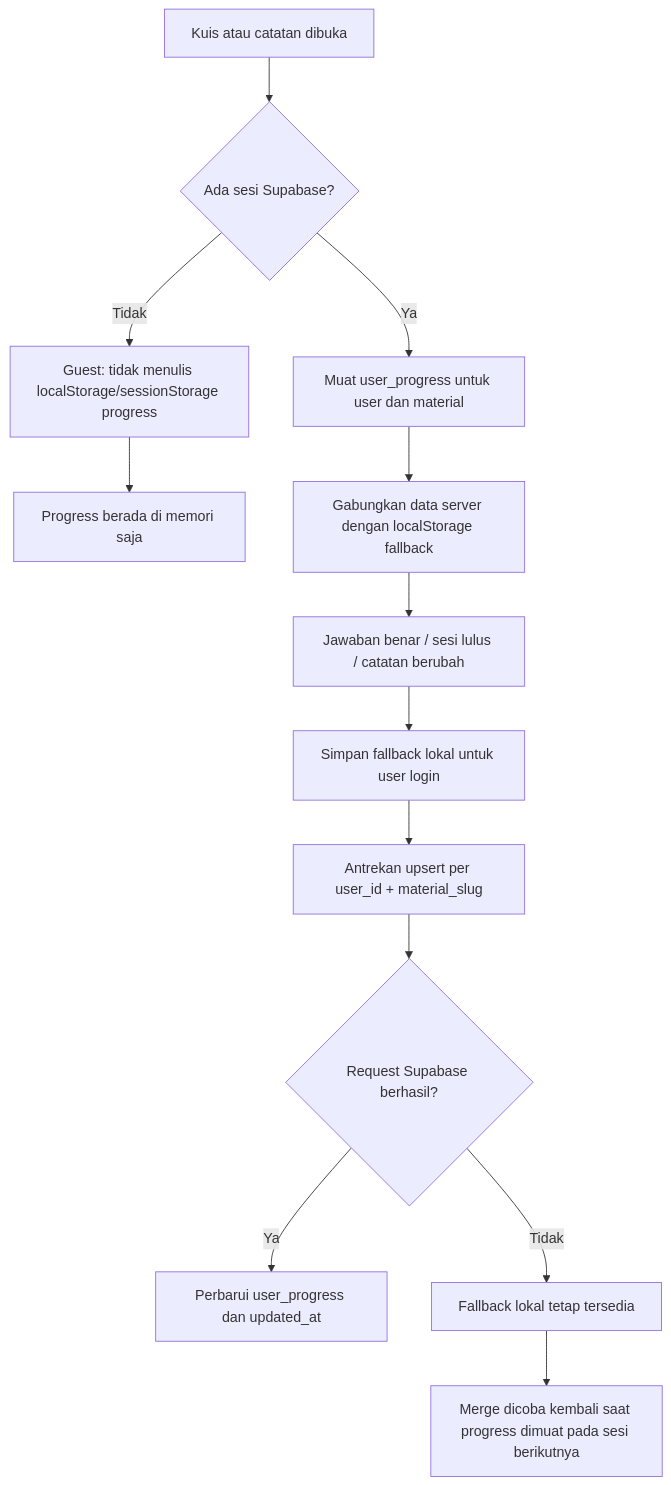
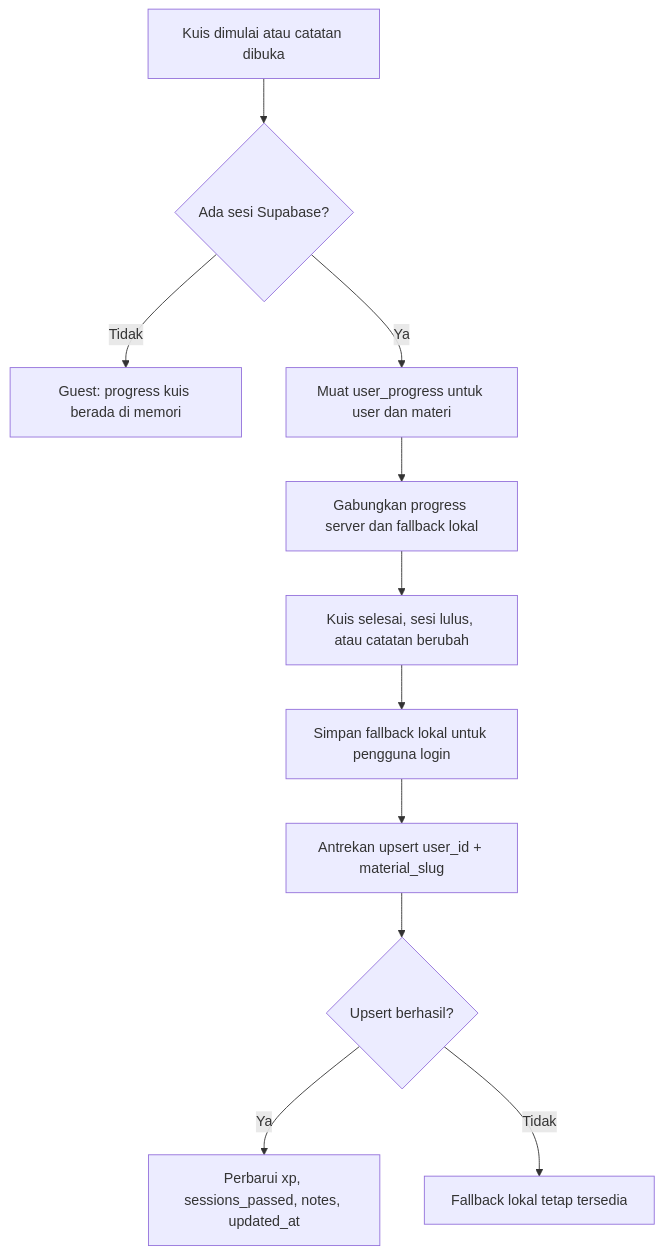
Before and after one commit to nandayudhistirawibowo/NdUniverse: the fifth of 6 diagrams in FLOWCHART.md, drawn with Mermaid. The commit also changed other lines of this file and 10 other files, not shown here.

Commit message:
feat: generalisasi login (auto-signup untuk umum), fitur Career, Bookmark, dan update dokumentasi

````diff
--- a/FLOWCHART.md
+++ b/FLOWCHART.md
@@ -80,15 +99,13 @@
 ```mermaid
 flowchart TD
-    A[Kuis atau catatan dibuka] --> B{Ada sesi Supabase?}
-    B -->|Tidak| C[Guest: tidak menulis localStorage/sessionStorage progress]
-    C --> D[Progress berada di memori saja]
-    B -->|Ya| E[Muat user_progress untuk user dan material]
-    E --> F[Gabungkan data server dengan localStorage fallback]
-    F --> G[Jawaban benar / sesi lulus / catatan berubah]
-    G --> H[Simpan fallback lokal untuk user login]
-    H --> I[Antrekan upsert per user_id + material_slug]
-    I --> J{Request Supabase berhasil?}
-    J -->|Ya| K[Perbarui user_progress dan updated_at]
-    J -->|Tidak| L[Fallback lokal tetap tersedia]
-    L --> M[Merge dicoba kembali saat progress dimuat pada sesi berikutnya]
+    A[Kuis dimulai atau catatan dibuka] --> B{Ada sesi Supabase?}
+    B -->|Tidak| C[Guest: progress kuis berada di memori]
+    B -->|Ya| D[Muat user_progress untuk user dan materi]
+    D --> E[Gabungkan progress server dan fallback lokal]
+    E --> F[Kuis selesai, sesi lulus, atau catatan berubah]
+    F --> G[Simpan fallback lokal untuk pengguna login]
+    G --> H[Antrekan upsert user_id + material_slug]
+    H --> I{Upsert berhasil?}
+    I -->|Ya| J[Perbarui xp, sessions_passed, notes, updated_at]
+    I -->|Tidak| K[Fallback lokal tetap tersedia]
 ```
````
